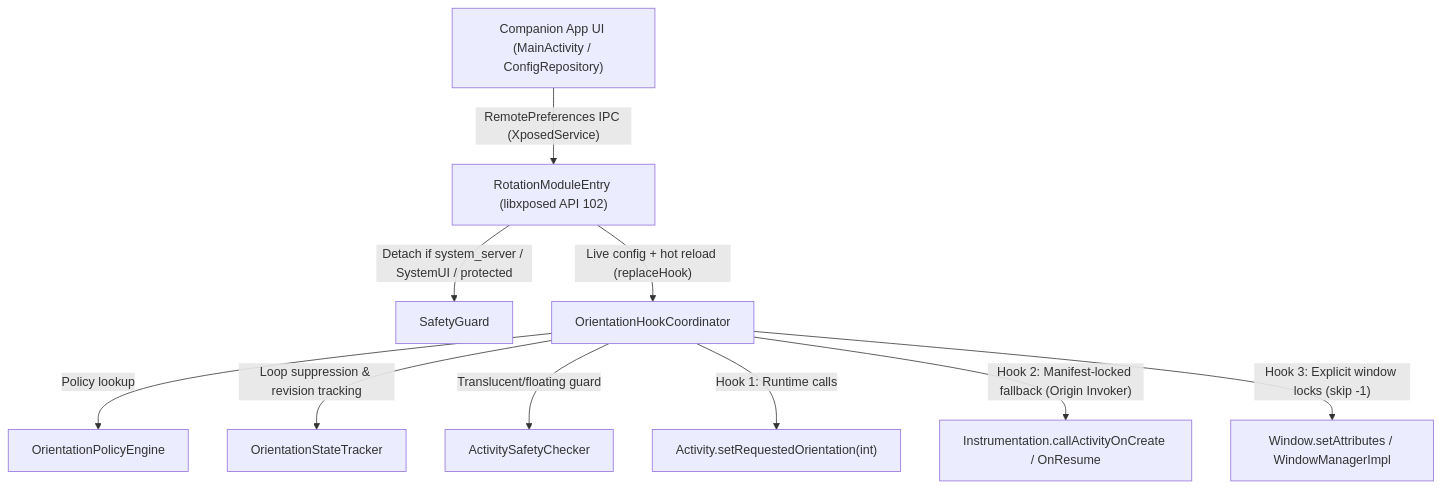
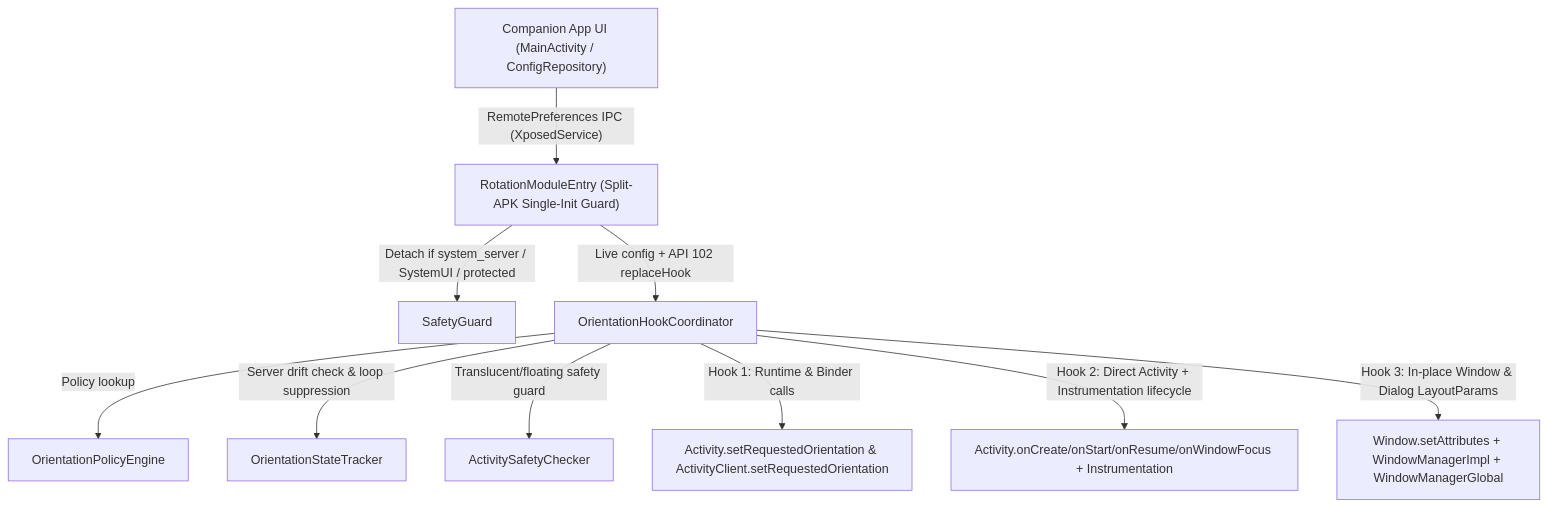
One commit to Sagormodak/UniversalForceRotation changed the diagram in README.md. Above: the diagram before and after it, drawn with Mermaid. The commit also changed other lines of this file and 17 other files, not shown here.

Commit message:
Release v1.1.0: Full-package rotation hooks (Activity lifecycle, ActivityClient Binder, WindowManagerGlobal, split-APK guard)

````diff
--- a/README.md
+++ b/README.md
@@ -32,12 +32,12 @@
 ```mermaid
 flowchart TD
-    UI["Companion App UI (MainActivity / ConfigRepository)"] -->|"RemotePreferences IPC (XposedService)"| Entry["RotationModuleEntry (libxposed API 102)"]
+    UI["Companion App UI (MainActivity / ConfigRepository)"] -->|"RemotePreferences IPC (XposedService)"| Entry["RotationModuleEntry (Split-APK Single-Init Guard)"]
     Entry -->|"Detach if system_server / SystemUI / protected"| Guard["SafetyGuard"]
-    Entry -->|"Live config + hot reload (replaceHook)"| Coord["OrientationHookCoordinator"]
+    Entry -->|"Live config + API 102 replaceHook"| Coord["OrientationHookCoordinator"]
     Coord -->|"Policy lookup"| Policy["OrientationPolicyEngine"]
-    Coord -->|"Loop suppression & revision tracking"| Tracker["OrientationStateTracker"]
-    Coord -->|"Translucent/floating guard"| Safe["ActivitySafetyChecker"]
-    Coord -->|"Hook 1: Runtime calls"| H1["Activity.setRequestedOrientation(int)"]
-    Coord -->|"Hook 2: Manifest-locked fallback (Origin Invoker)"| H2["Instrumentation.callActivityOnCreate / OnResume"]
-    Coord -->|"Hook 3: Explicit window locks (skip -1)"| H3["Window.setAttributes / WindowManagerImpl"]
+    Coord -->|"Server drift check & loop suppression"| Tracker["OrientationStateTracker"]
+    Coord -->|"Translucent/floating safety guard"| Safe["ActivitySafetyChecker"]
+    Coord -->|"Hook 1: Runtime & Binder calls"| H1["Activity.setRequestedOrientation & ActivityClient.setRequestedOrientation"]
+    Coord -->|"Hook 2: Direct Activity + Instrumentation lifecycle"| H2["Activity.onCreate/onStart/onResume/onWindowFocus + Instrumentation"]
+    Coord -->|"Hook 3: In-place Window & Dialog LayoutParams"| H3["Window.setAttributes + WindowManagerImpl + WindowManagerGlobal"]
 ```
````
